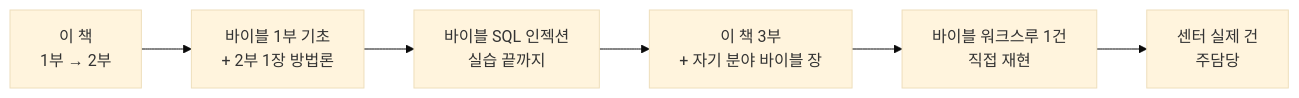
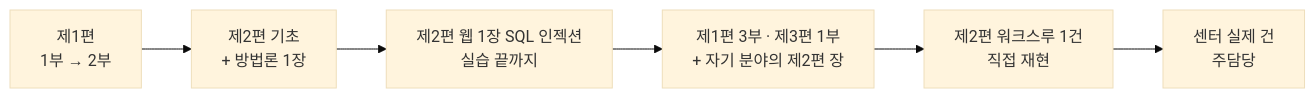
One commit to anthonynoh5202/anthonynoh changed the diagram in books/vmc-bible/src/vol3-practice/02-onboarding/16-skills.md. Above: the diagram before and after it, drawn with Mermaid (base theme). The commit also changed other lines of this file and 20 other files, not shown here.

````diff
--- a/books/vmc-bible/src/vol3-practice/02-onboarding/16-skills.md
+++ b/books/vmc-bible/src/vol3-practice/02-onboarding/16-skills.md
@@ -27,8 +27,8 @@
 ```mermaid
 flowchart LR
-    A["이 책<br/>1부 → 2부"] --> B["바이블 1부 기초<br/>+ 2부 1장 방법론"]
-    B --> C["바이블 SQL 인젝션<br/>실습 끝까지"]
-    C --> D["이 책 3부<br/>+ 자기 분야 바이블 장"]
-    D --> E["바이블 워크스루 1건<br/>직접 재현"]
+    A["제1편<br/>1부 → 2부"] --> B["제2편 기초<br/>+ 방법론 1장"]
+    B --> C["제2편 웹 1장 SQL 인젝션<br/>실습 끝까지"]
+    C --> D["제1편 3부 · 제3편 1부<br/>+ 자기 분야의 제2편 장"]
+    D --> E["제2편 워크스루 1건<br/>직접 재현"]
     E --> F["센터 실제 건<br/>주담당"]
 ```
````
